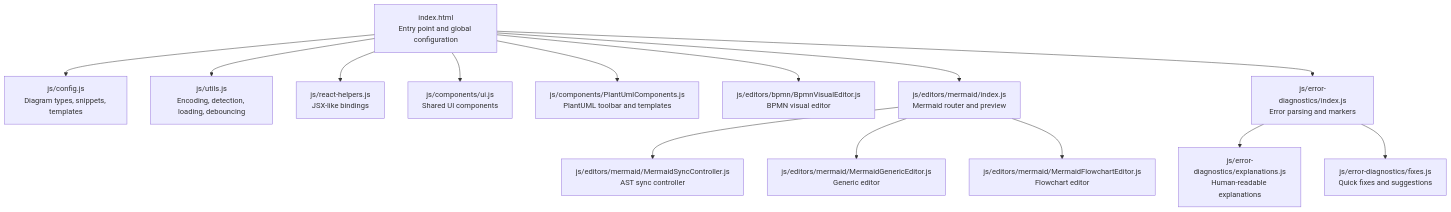
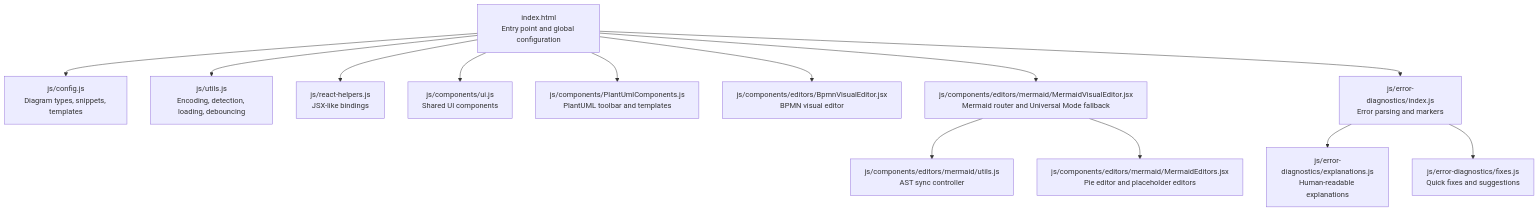
One commit to ongchonghian/universal-diagram-editor changed the first of 4 diagrams in .qoder/repowiki/en/content/Development and Contributing.md. Above: the diagram before and after it, drawn with Mermaid. The commit also changed other lines of this file and 31 other files, not shown here.

````diff
--- a/.qoder/repowiki/en/content/Development and Contributing.md
+++ b/.qoder/repowiki/en/content/Development and Contributing.md
@@ -108,16 +107,15 @@
 ```mermaid
 graph TB
 A["index.html<br/>Entry point and global configuration"] --> B["js/config.js<br/>Diagram types, snippets, templates"]
 A --> C["js/utils.js<br/>Encoding, detection, loading, debouncing"]
 A --> D["js/react-helpers.js<br/>JSX-like bindings"]
 A --> E["js/components/ui.js<br/>Shared UI components"]
 A --> F["js/components/PlantUmlComponents.js<br/>PlantUML toolbar and templates"]
-A --> G["js/editors/bpmn/BpmnVisualEditor.js<br/>BPMN visual editor"]
-A --> H["js/editors/mermaid/index.js<br/>Mermaid router and preview"]
-H --> I["js/editors/mermaid/MermaidSyncController.js<br/>AST sync controller"]
-H --> J["js/editors/mermaid/MermaidGenericEditor.js<br/>Generic editor"]
-H --> K["js/editors/mermaid/MermaidFlowchartEditor.js<br/>Flowchart editor"]
+A --> G["js/components/editors/BpmnVisualEditor.jsx<br/>BPMN visual editor"]
+A --> H["js/components/editors/mermaid/MermaidVisualEditor.jsx<br/>Mermaid router and Universal Mode fallback"]
+H --> I["js/components/editors/mermaid/utils.js<br/>AST sync controller"]
+H --> K["js/components/editors/mermaid/MermaidEditors.jsx<br/>Pie editor and placeholder editors"]
 A --> M["js/error-diagnostics/index.js<br/>Error parsing and markers"]
 M --> N["js/error-diagnostics/explanations.js<br/>Human-readable explanations"]
 M --> O["js/error-diagnostics/fixes.js<br/>Quick fixes and suggestions"]
 ```
````
